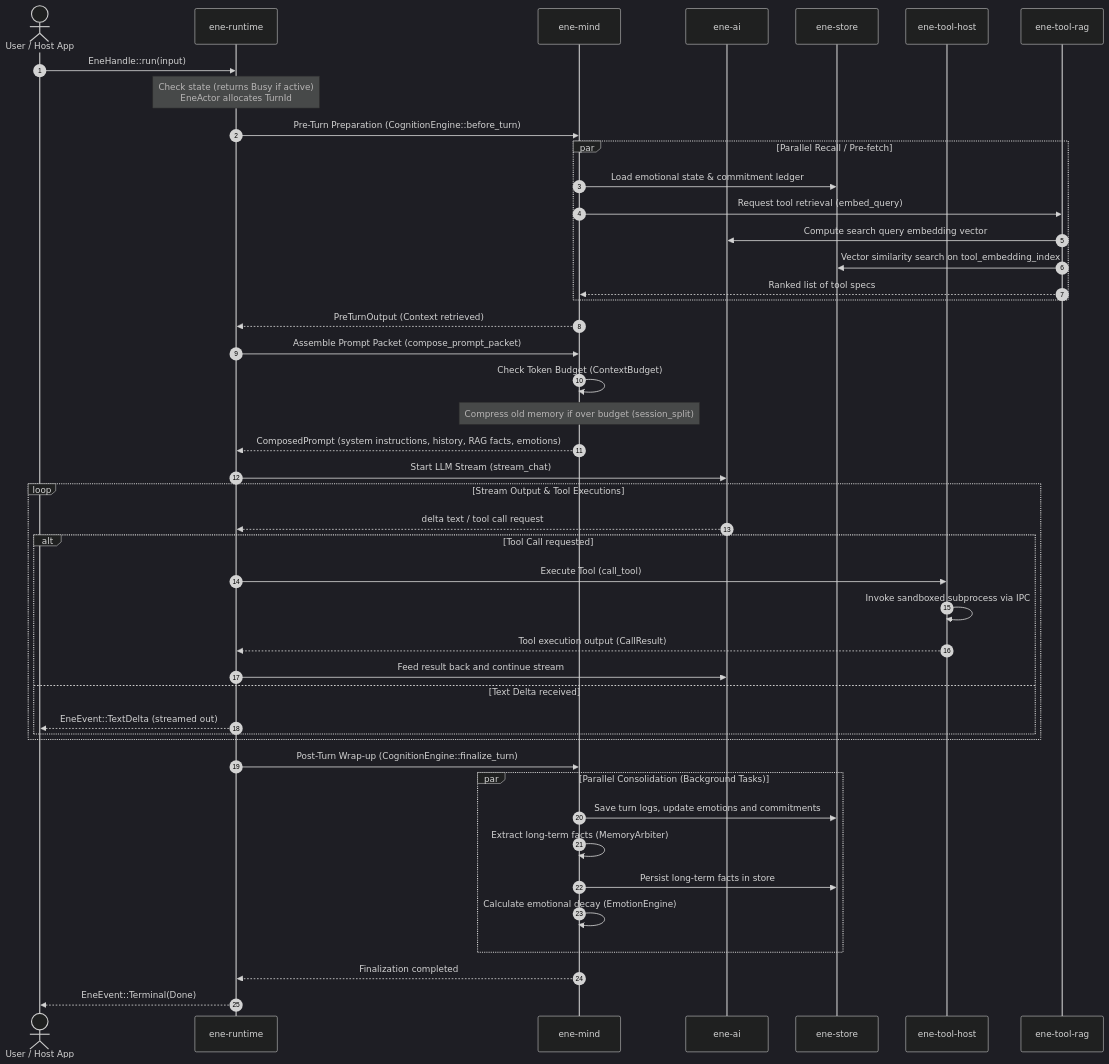
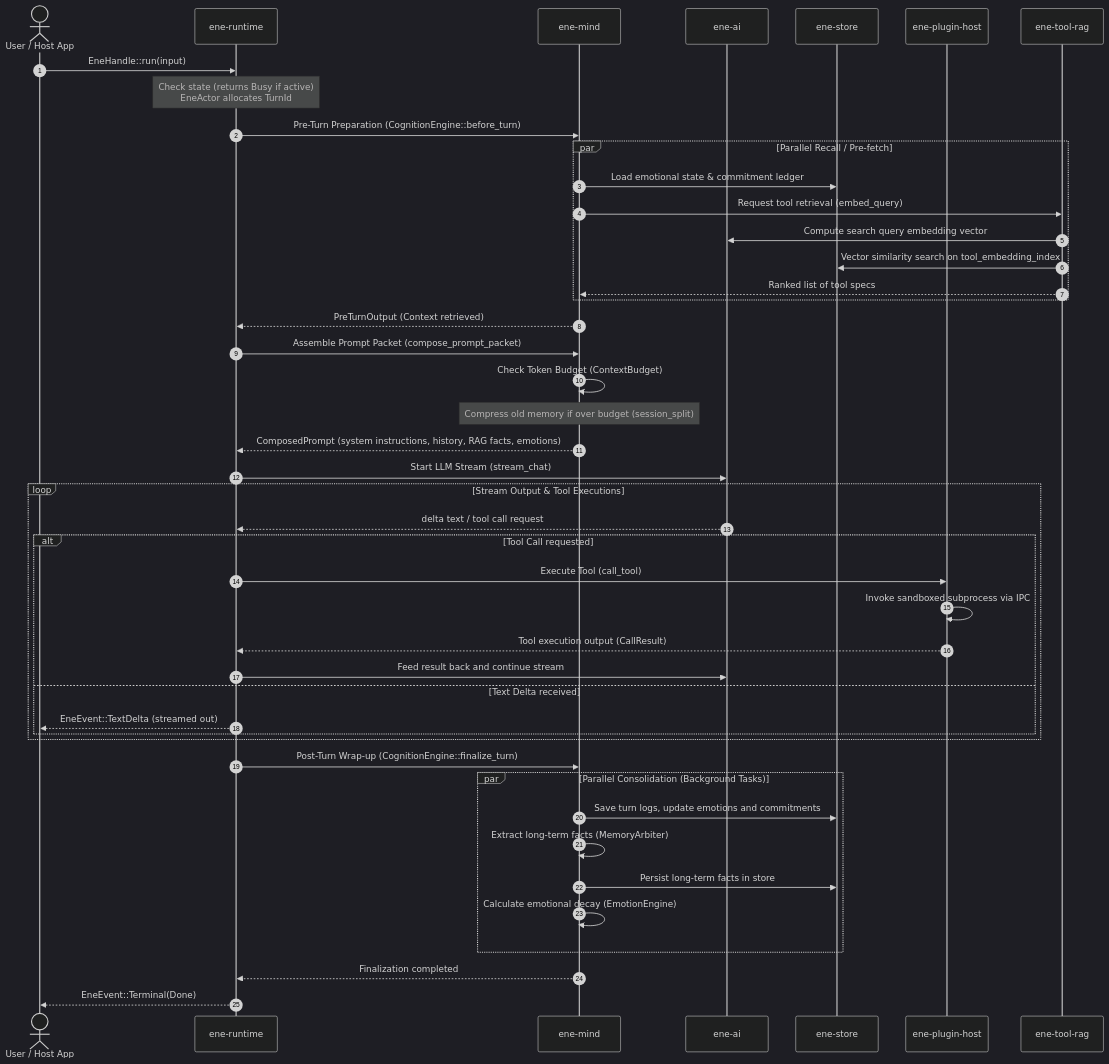
The second of 2 diagrams in docs/reference/spec/index.md (pexisgle/ene), drawn with Mermaid (dark theme) before and after one commit. The commit also changed other lines of this file and 68 other files, not shown here.

````diff
--- a/docs/reference/spec/index.md
+++ b/docs/reference/spec/index.md
@@ -96,51 +96,51 @@
 ```mermaid
 sequenceDiagram
     autonumber
     actor User as User / Host App
     participant R as ene-runtime
     participant M as ene-mind
     participant A as ene-ai
     participant S as ene-store
-    participant TH as ene-tool-host
+    participant TH as ene-plugin-host
     participant TR as ene-tool-rag
 
     User->>R: EneHandle::run(input)
     Note over R: Check state (returns Busy if active)<br/>EneActor allocates TurnId
     R->>M: Pre-Turn Preparation (CognitionEngine::before_turn)
     par Parallel Recall / Pre-fetch
         M->>S: Load emotional state & commitment ledger
         M->>TR: Request tool retrieval (embed_query)
         TR->>A: Compute search query embedding vector
         TR->>S: Vector similarity search on tool_embedding_index
         TR-->>M: Ranked list of tool specs
     end
     M-->>R: PreTurnOutput (Context retrieved)
     
     R->>M: Assemble Prompt Packet (compose_prompt_packet)
     M->>M: Check Token Budget (ContextBudget)
     Note over M: Compress old memory if over budget (session_split)
     M-->>R: ComposedPrompt (system instructions, history, RAG facts, emotions)
     
     R->>A: Start LLM Stream (stream_chat)
     loop Stream Output & Tool Executions
         A-->>R: delta text / tool call request
         alt Tool Call requested
             R->>TH: Execute Tool (call_tool)
             TH->>TH: Invoke sandboxed subprocess via IPC
             TH-->>R: Tool execution output (CallResult)
             R->>A: Feed result back and continue stream
         else Text Delta received
             R-->>User: EneEvent::TextDelta (streamed out)
         end
     end
 
     R->>M: Post-Turn Wrap-up (CognitionEngine::finalize_turn)
     par Parallel Consolidation (Background Tasks)
         M->>S: Save turn logs, update emotions and commitments
         M->>M: Extract long-term facts (MemoryArbiter)
         M->>S: Persist long-term facts in store
         M->>M: Calculate emotional decay (EmotionEngine)
     end
     M-->>R: Finalization completed
     R-->>User: EneEvent::Terminal(Done)
 ```
````
